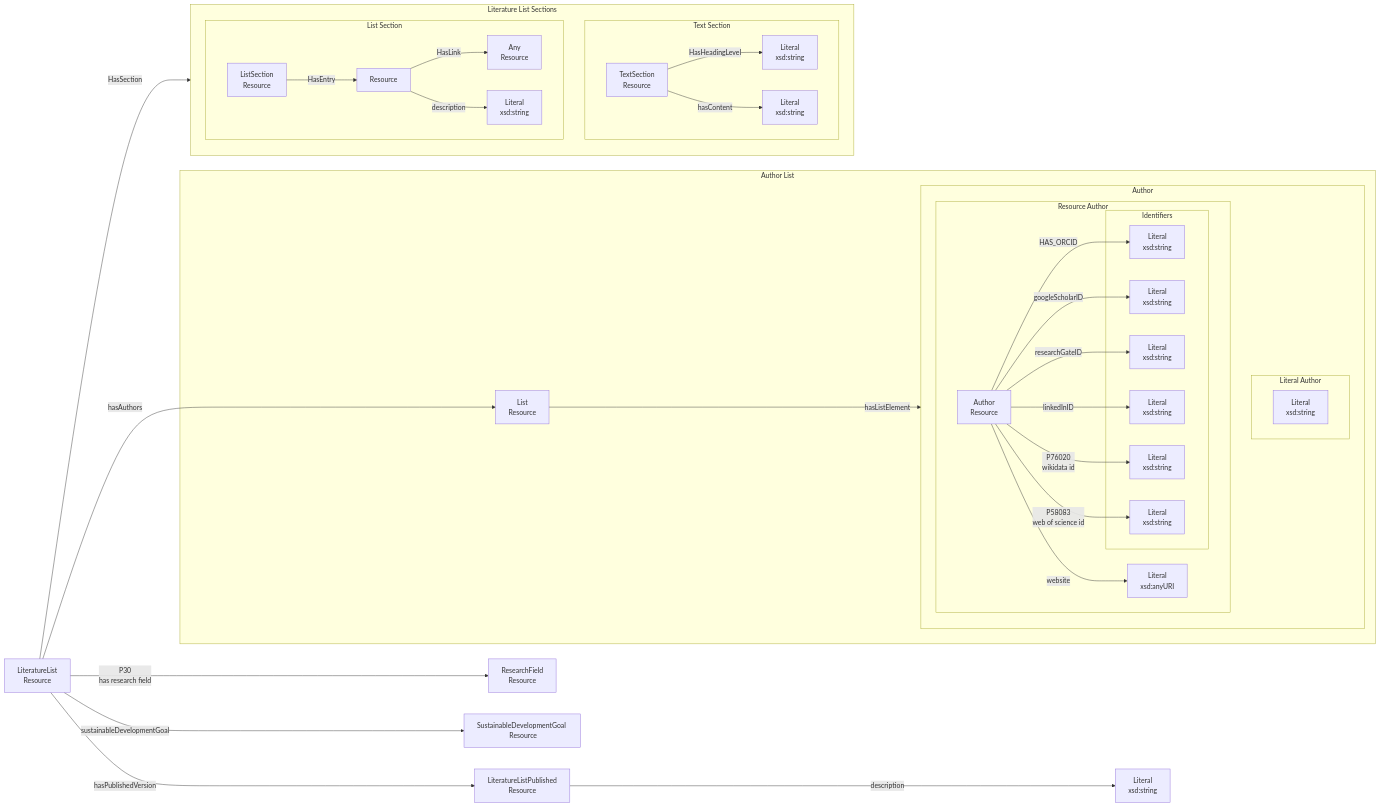
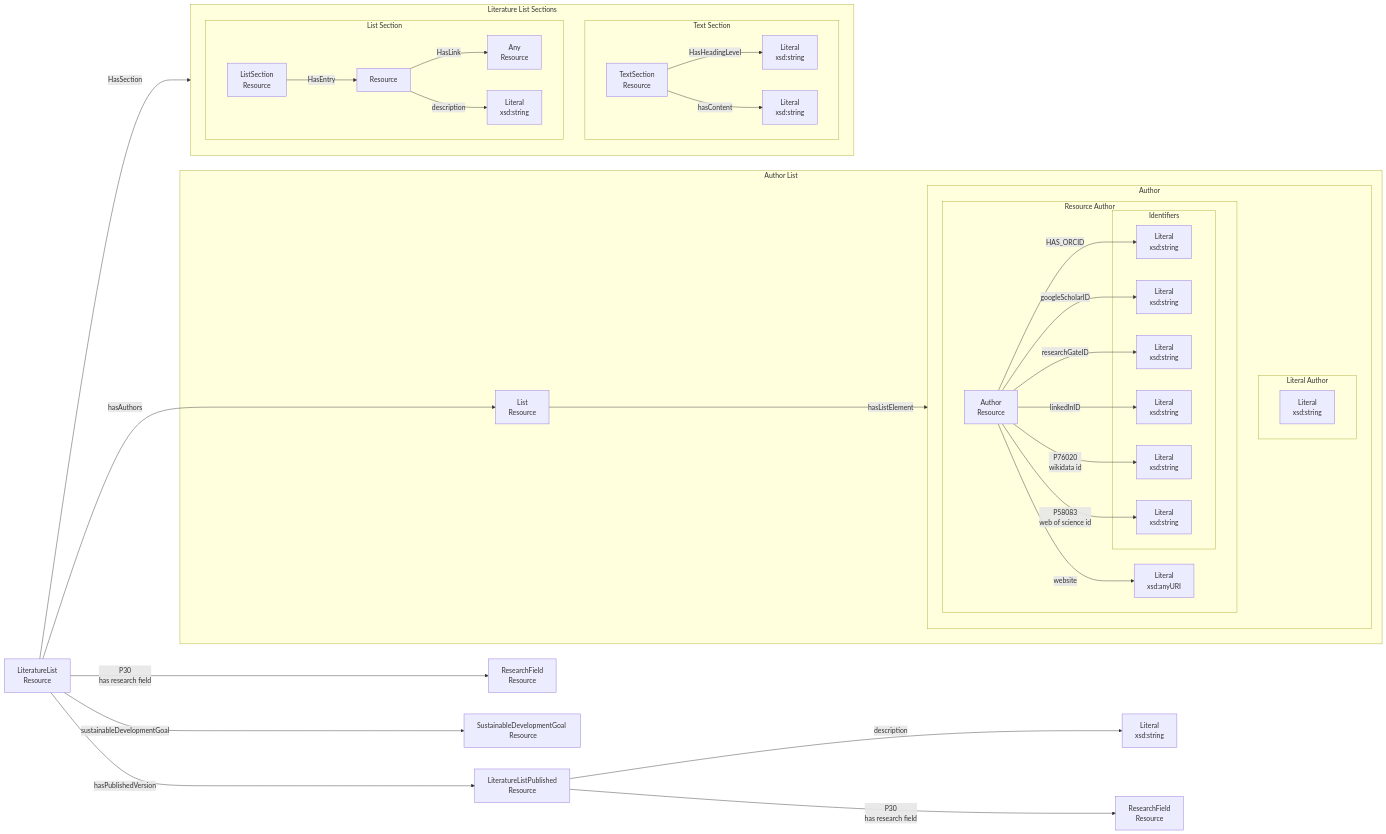
The diagram in documentation/antora/modules/ROOT/pages/reference/model/literature-list.adoc (TIBHannover/orkg-backend), drawn with Mermaid before and after one commit. The commit also changed 2 other files, not shown here.

Commit message:
Fix research field association for published reviews and lists (!1145)

```diff
--- a/documentation/antora/modules/ROOT/pages/reference/model/literature-list.adoc
+++ b/documentation/antora/modules/ROOT/pages/reference/model/literature-list.adoc
@@ -3,48 +3,49 @@
 [mermaid,width=100%]
 ----
 flowchart LR
     LiteratureListPublished[LiteratureListPublished \n Resource] --> |"description"| description[Literal \n xsd:string]
+	LiteratureListPublished --> |"P30 \n has research field"| researchField2[ResearchField \n Resource]
 	LiteratureList[LiteratureList \n Resource] --> |"hasPublishedVersion"| LiteratureListPublished
     LiteratureList --> |"hasAuthors"| authorList[List \n Resource]
 	LiteratureList --> |"P30 \n has research field"| researchField[ResearchField \n Resource]
     subgraph Author List
         authorList --> |"hasListElement"| Author
 		subgraph Author
 			subgraph Literal Author
 				literalAuthor[Literal \n xsd:string]
 			end
 			subgraph Resource Author
 				resourceAuthor[Author \n Resource] --> |"website"| resourceAuthorWebsite[Literal \n xsd:anyURI]
 				resourceAuthor --> |"HAS_ORCID"| orcid[Literal \n xsd:string]
 				resourceAuthor --> |"googleScholarID"| googleScholarID[Literal \n xsd:string]
 				resourceAuthor --> |"researchGateID"| researchGateID[Literal \n xsd:string]
 				resourceAuthor --> |"linkedInID"| linkedInID[Literal \n xsd:string]
 				resourceAuthor --> |"P76020 \n wikidata id"| wikidataId[Literal \n xsd:string]
 				resourceAuthor --> |"P58083 \n web of science id"| webOfScienceId[Literal \n xsd:string]
 				subgraph Identifiers
 					orcid
 					googleScholarID
 					researchGateID
 					linkedInID
 					wikidataId
 					webOfScienceId
 				end
 			end
 		end
     end
 	LiteratureList --> |"HasSection"| literatureListSections
 	subgraph literatureListSections[Literature List Sections]
 		listSection[ListSection \n Resource]
 		textSection[TextSection \n Resource]
 		subgraph Text Section
 			textSection --> |"HasHeadingLevel"| headingLevel[Literal \n xsd:string]
 			textSection --> |"hasContent"| content[Literal \n xsd:string]
 		end
 		subgraph List Section
 			listSection --> |"HasEntry"| entry[Resource]
 			entry --> |"HasLink"| any[Any \n Resource]
             entry --> |"description"| entryDescription[Literal \n xsd:string]
 		end
 	end
 	LiteratureList --> |"sustainableDevelopmentGoal"| sdg[SustainableDevelopmentGoal \n Resource]
 ----
```
